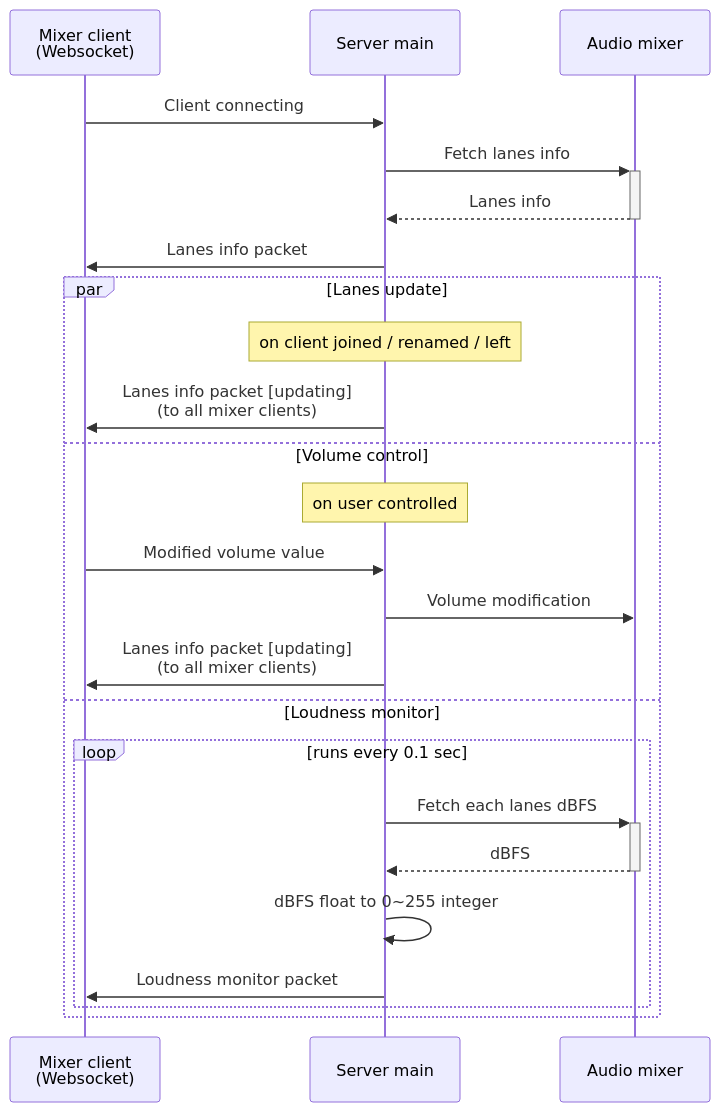
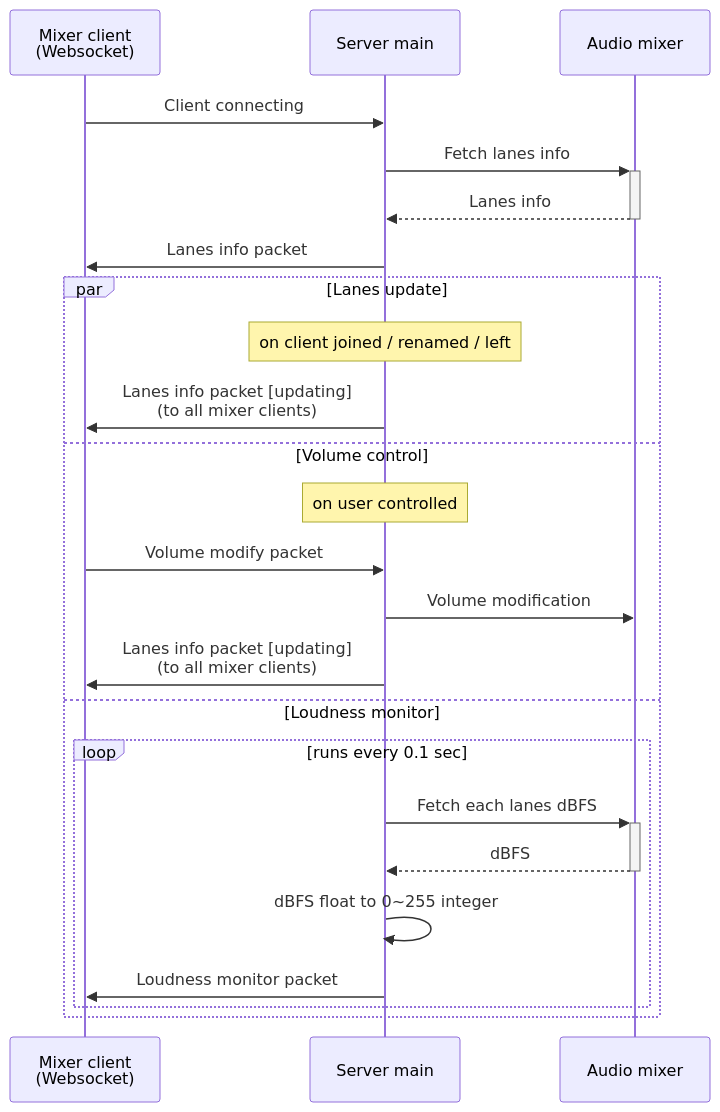
The second of 2 diagrams in designs/server-sequence.md (aKuad/web-intercom), drawn with Mermaid before and after one commit.

Commit message:
Fix: `server-sequence.md` Editing missing - Describe with packet name 'Volume modify packet'

````diff
--- a/designs/server-sequence.md
+++ b/designs/server-sequence.md
@@ -24,28 +24,28 @@
 ```mermaid
 sequenceDiagram
   participant WSM as Mixer client<br>(Websocket)
   participant S as Server main
   participant AM as Audio mixer
 
   WSM->>S: Client connecting
   S->>+AM: Fetch lanes info
   AM-->>-S: Lanes info
   S->>WSM: Lanes info packet
 
   par Lanes update
     Note over S: on client joined / renamed / left
     S->>WSM: Lanes info packet [updating]<br>(to all mixer clients)
   and Volume control
     Note over S: on user controlled
-    WSM->>S: Modified volume value
+    WSM->>S: Volume modify packet
     S->>AM: Volume modification
     S->>WSM: Lanes info packet [updating]<br>(to all mixer clients)
   and Loudness monitor
     loop runs every 0.1 sec
       S->>+AM: Fetch each lanes dBFS
       AM-->>-S: dBFS
       S->>S: dBFS float to 0~255 integer
       S->>WSM: Loudness monitor packet
     end
   end
 ```
````
